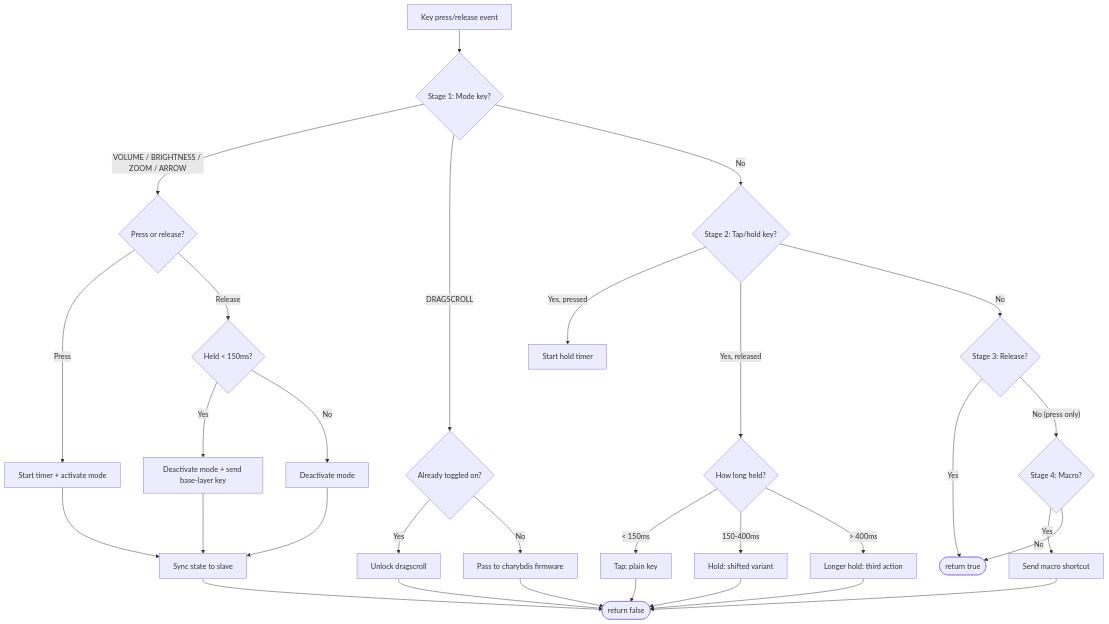
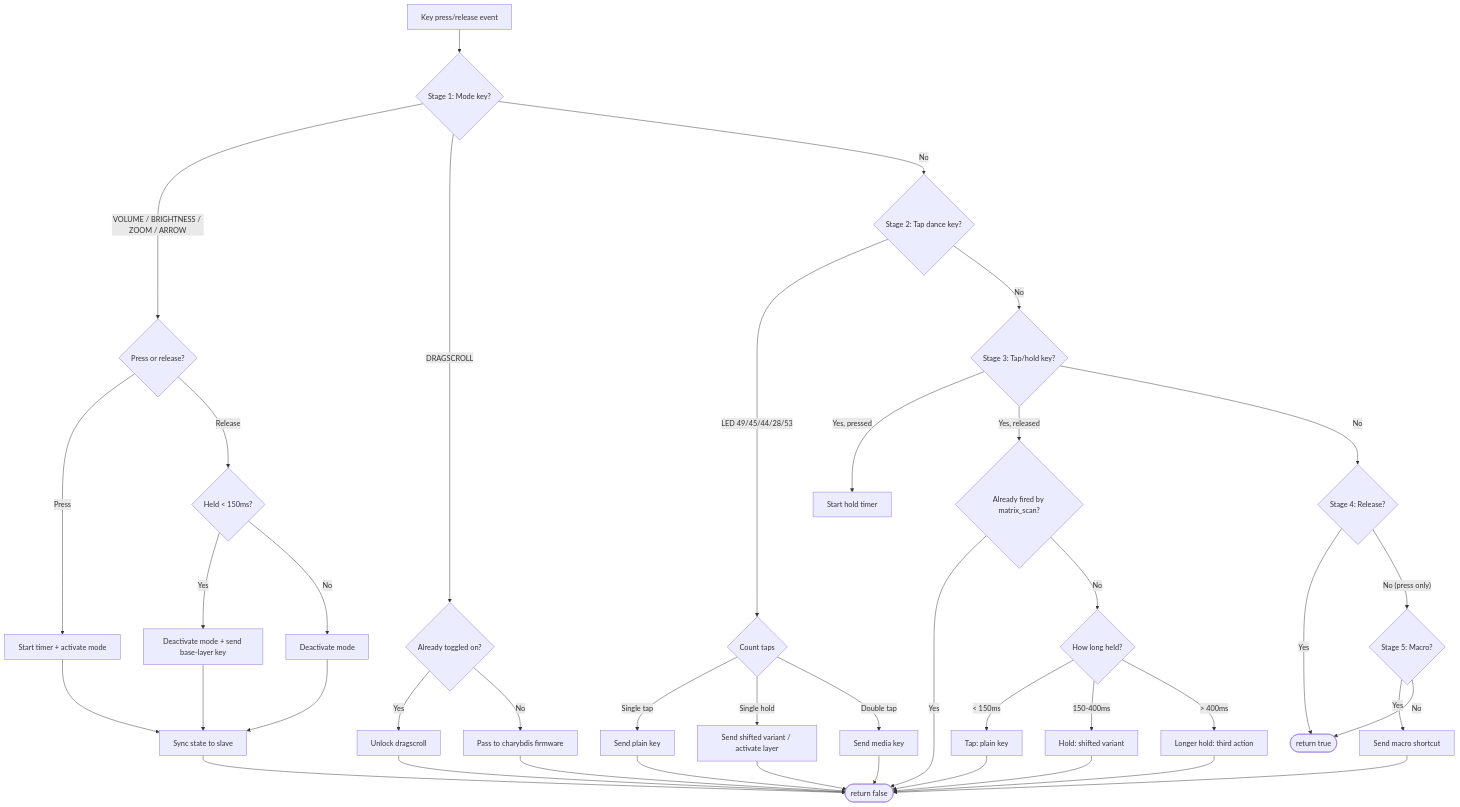
Before and after one commit to NoahCLR/charybdis-4x6: the third of 7 diagrams in DIAGRAMS.md, drawn with Mermaid. The commit also changed 4 other files, not shown here.

Commit message:
Refactor tap dance implementation and update documentation for key actions

````diff
--- a/DIAGRAMS.md
+++ b/DIAGRAMS.md
@@ -72,37 +72,48 @@
 ```mermaid
 flowchart TD
     A[Key press/release event] --> B{Stage 1: Mode key?}
     B -- "VOLUME / BRIGHTNESS / ZOOM / ARROW" --> C{Press or release?}
     C -- Press --> C1[Start timer + activate mode]
     C -- Release --> C2{Held < 150ms?}
     C2 -- Yes --> C3[Deactivate mode + send base-layer key]
     C2 -- No --> C4[Deactivate mode]
     C1 --> D[Sync state to slave]
     C3 --> D
     C4 --> D
     D --> STOP([return false])
 
     B -- "DRAGSCROLL" --> E{Already toggled on?}
     E -- Yes --> F[Unlock dragscroll]
     E -- No --> G[Pass to charybdis firmware]
     F --> STOP
     G --> STOP
 
-    B -- No --> H{Stage 2: Tap/hold key?}
+    B -- No --> TD{Stage 2: Tap dance key?}
+    TD -- "LED 49/45/44/28/53" --> TD1{Count taps}
+    TD1 -- "Single tap" --> TD2[Send plain key]
+    TD1 -- "Single hold" --> TD3[Send shifted variant / activate layer]
+    TD1 -- "Double tap" --> TD4[Send media key]
+    TD2 --> STOP
+    TD3 --> STOP
+    TD4 --> STOP
+
+    TD -- No --> H{Stage 3: Tap/hold key?}
     H -- Yes, pressed --> I[Start hold timer]
-    H -- Yes, released --> J{How long held?}
-    J -- "< 150ms" --> K[Tap: plain key]
-    J -- "150-400ms" --> L[Hold: shifted variant]
-    J -- "> 400ms" --> M[Longer hold: third action]
+    H -- Yes, released --> J{Already fired by matrix_scan?}
+    J -- Yes --> STOP
+    J -- No --> J2{How long held?}
+    J2 -- "< 150ms" --> K[Tap: plain key]
+    J2 -- "150-400ms" --> L[Hold: shifted variant]
+    J2 -- "> 400ms" --> M[Longer hold: third action]
     K --> STOP
     L --> STOP
     M --> STOP
 
-    H -- No --> N{Stage 3: Release?}
+    H -- No --> N{Stage 4: Release?}
     N -- Yes --> PASS([return true])
 
-    N -- "No (press only)" --> O{Stage 4: Macro?}
+    N -- "No (press only)" --> O{Stage 5: Macro?}
     O -- Yes --> P[Send macro shortcut]
     P --> STOP
     O -- No --> PASS
 ```
````
